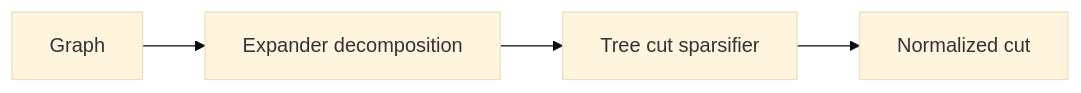
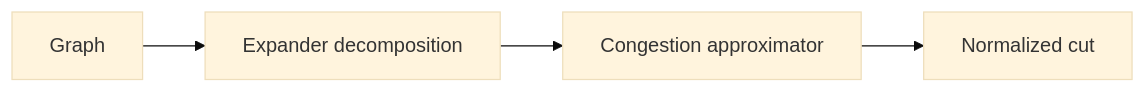
The diagram in README.md (RobinMnk/deco), drawn with Mermaid (base theme) before and after one commit. The commit also changed other lines of this file and 11 other files, not shown here.

````diff
--- a/README.md
+++ b/README.md
@@ -56,4 +56,4 @@
 ```mermaid
 flowchart LR
-    G[Graph] --> E[Expander decomposition] --> T[Tree cut sparsifier] --> N[Normalized cut]
+    G[Graph] --> E[Expander decomposition] --> C[Congestion approximator] --> N[Normalized cut]
 ```
````
